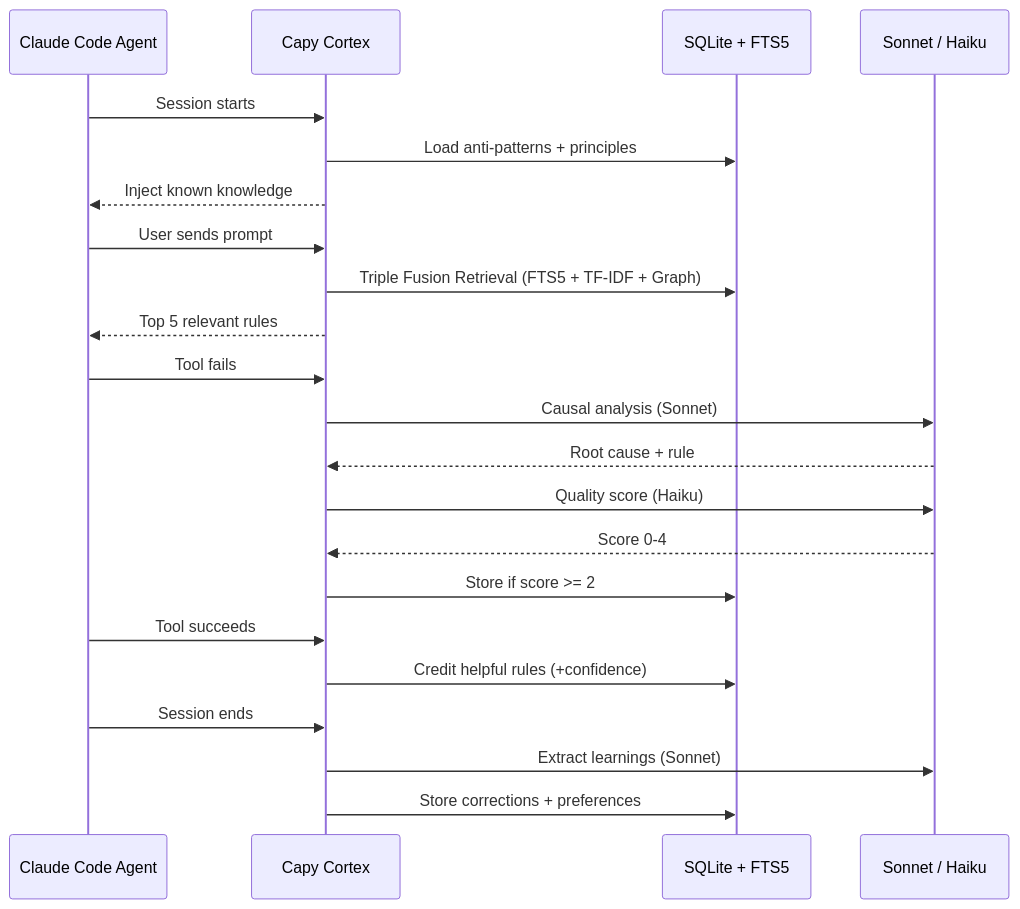
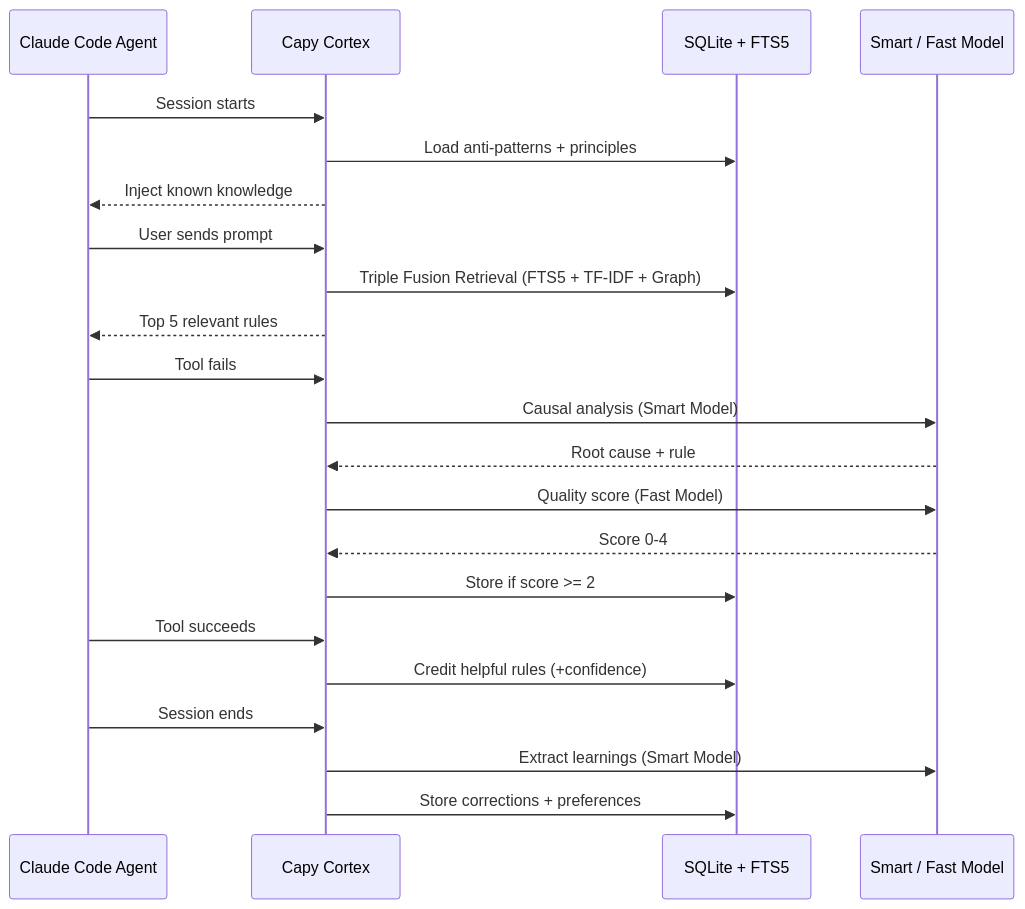
Before and after one commit to ndpvt-web/capy-cortex: the first of 3 diagrams in README.md, drawn with Mermaid. The commit also changed other lines of this file and 2 other files, not shown here.

````diff
--- a/README.md
+++ b/README.md
@@ -42,29 +42,29 @@
 ```mermaid
 sequenceDiagram
     participant Agent as Claude Code Agent
     participant Cortex as Capy Cortex
     participant DB as SQLite + FTS5
-    participant LLM as Sonnet / Haiku
+    participant LLM as Smart / Fast Model
 
     Agent->>Cortex: Session starts
     Cortex->>DB: Load anti-patterns + principles
     Cortex-->>Agent: Inject known knowledge
 
     Agent->>Cortex: User sends prompt
     Cortex->>DB: Triple Fusion Retrieval (FTS5 + TF-IDF + Graph)
     Cortex-->>Agent: Top 5 relevant rules
 
     Agent->>Cortex: Tool fails
-    Cortex->>LLM: Causal analysis (Sonnet)
+    Cortex->>LLM: Causal analysis (Smart Model)
     LLM-->>Cortex: Root cause + rule
-    Cortex->>LLM: Quality score (Haiku)
+    Cortex->>LLM: Quality score (Fast Model)
     LLM-->>Cortex: Score 0-4
     Cortex->>DB: Store if score >= 2
 
     Agent->>Cortex: Tool succeeds
     Cortex->>DB: Credit helpful rules (+confidence)
 
     Agent->>Cortex: Session ends
-    Cortex->>LLM: Extract learnings (Sonnet)
+    Cortex->>LLM: Extract learnings (Smart Model)
     Cortex->>DB: Store corrections + preferences
 ```
````
